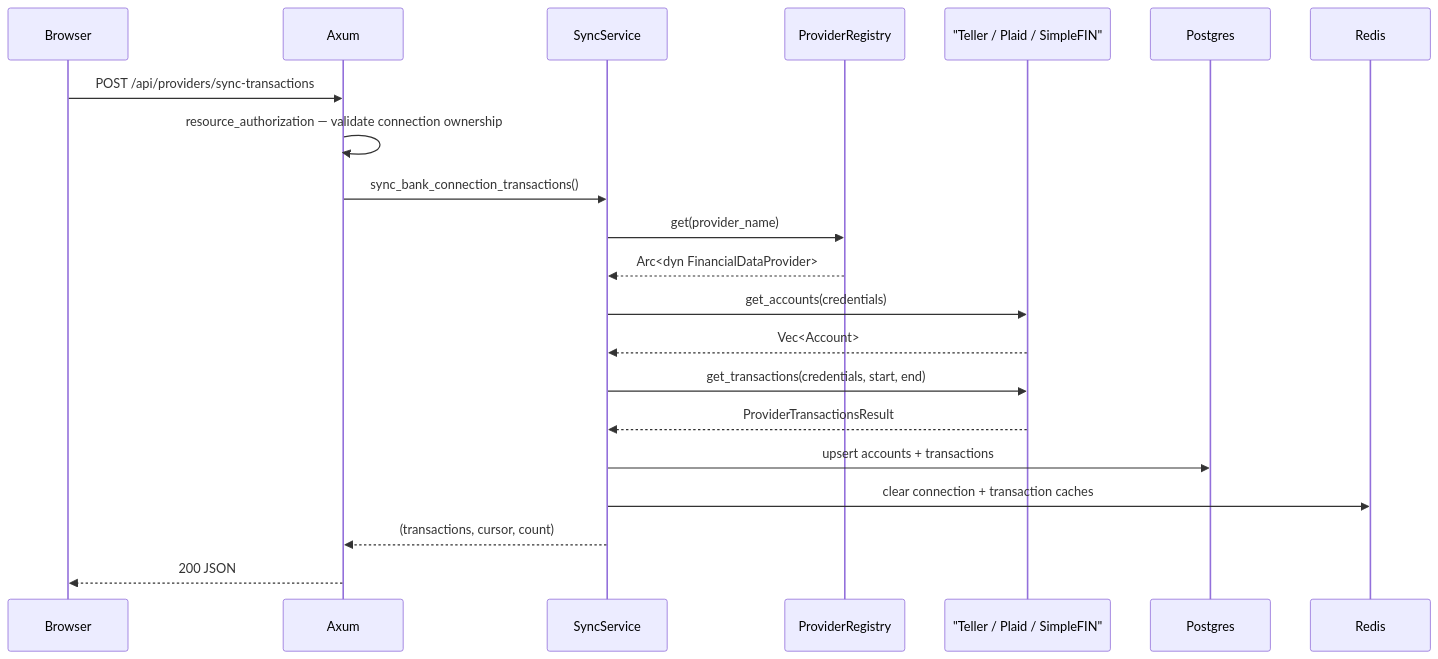
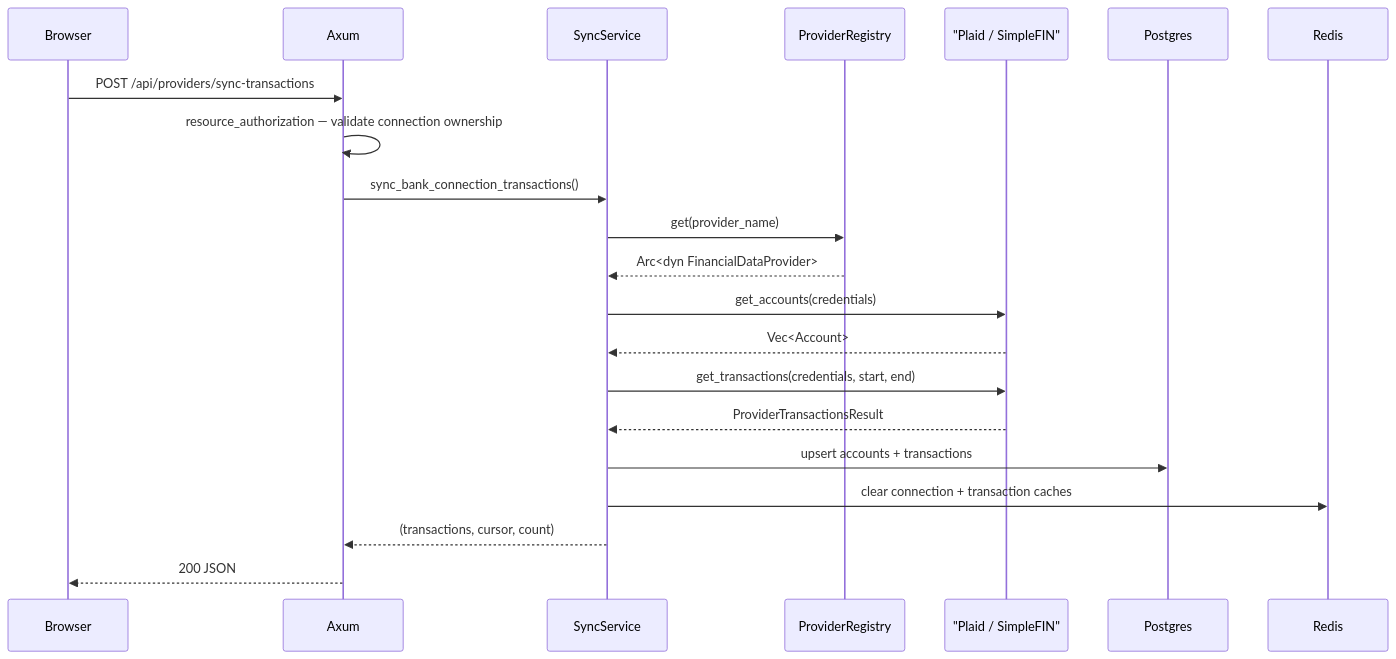
One commit to TwoBitFoundry/sumurai changed the third of 11 diagrams in docs/ARCHITECTURE.md. Above: the diagram before and after it, drawn with Mermaid. The commit also changed other lines of this file and 90 other files, not shown here.

````diff
--- a/docs/ARCHITECTURE.md
+++ b/docs/ARCHITECTURE.md
@@ -99,24 +97,24 @@
 ```mermaid
 sequenceDiagram
     participant Browser
     participant Axum
     participant SyncService
     participant ProviderRegistry
-    participant Provider as "Teller / Plaid / SimpleFIN"
+    participant Provider as "Plaid / SimpleFIN"
     participant Postgres
     participant Redis
 
     Browser->>Axum: POST /api/providers/sync-transactions
     Axum->>Axum: resource_authorization — validate connection ownership
     Axum->>SyncService: sync_bank_connection_transactions()
     SyncService->>ProviderRegistry: get(provider_name)
     ProviderRegistry-->>SyncService: Arc<dyn FinancialDataProvider>
     SyncService->>Provider: get_accounts(credentials)
     Provider-->>SyncService: Vec<Account>
     SyncService->>Provider: get_transactions(credentials, start, end)
     Provider-->>SyncService: ProviderTransactionsResult
     SyncService->>Postgres: upsert accounts + transactions
     SyncService->>Redis: clear connection + transaction caches
     SyncService-->>Axum: (transactions, cursor, count)
     Axum-->>Browser: 200 JSON
 ```
````
